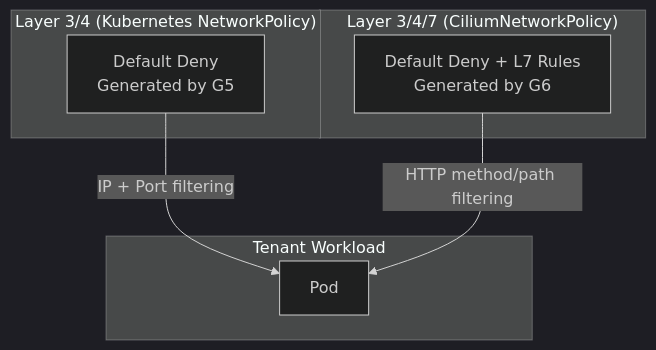
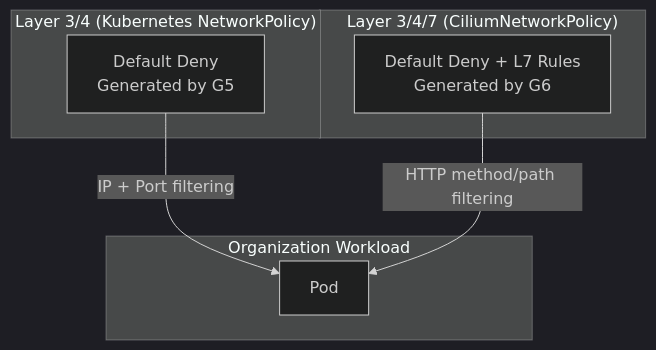
One commit to openova-io/openova changed the second of 2 diagrams in platform/kyverno/README.md. Above: the diagram before and after it, drawn with Mermaid (dark theme). The commit also changed 2 other files, not shown here.

First paragraph of the commit message:
docs(pass-36): flux deep-scrutiny + sweep gap-fill (Pass 35 head -10 cutoff)
Pass 35's sweep grep had `head -10` cutoff that produced a false-clean
signal. Pass 36 ran the same grep without truncation, finding 6 surviving
drift instances:

````diff
--- a/platform/kyverno/README.md
+++ b/platform/kyverno/README.md
@@ -222,17 +222,17 @@
 ```mermaid
 flowchart TB
     subgraph L3L4["Layer 3/4 (Kubernetes NetworkPolicy)"]
         KNP[Default Deny<br/>Generated by G5]
     end
 
     subgraph L7["Layer 3/4/7 (CiliumNetworkPolicy)"]
         CNP[Default Deny + L7 Rules<br/>Generated by G6]
     end
 
-    subgraph Workload["Tenant Workload"]
+    subgraph Workload["Organization Workload"]
         Pod[Pod]
     end
 
     KNP -->|"IP + Port filtering"| Pod
     CNP -->|"HTTP method/path filtering"| Pod
 ```
````
